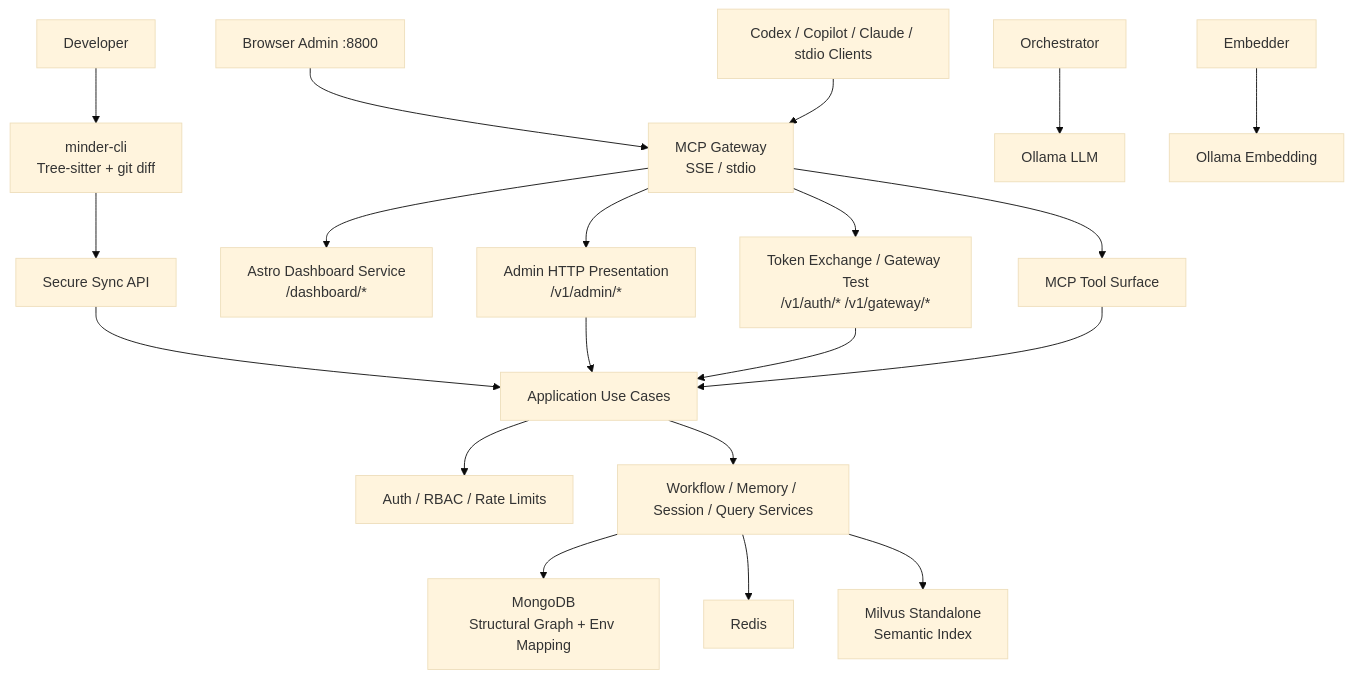
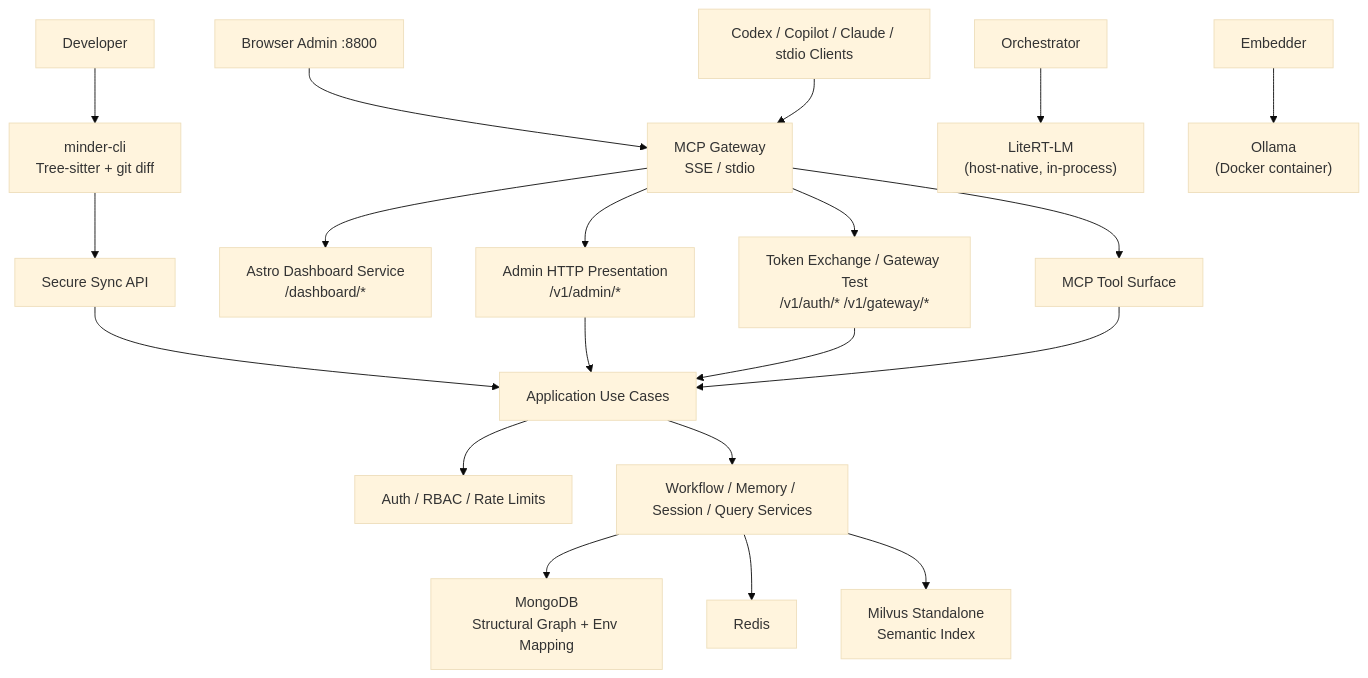
Before and after one commit to hiimtrung/minder: the first of 9 diagrams in docs/system-design.md, drawn with Mermaid (base theme). The commit also changed other lines of this file and 26 other files, not shown here.

Commit message:
feat: integrate LiteRT-LM for LLM inference and update container infrastructure with managed Ollama services

````diff
--- a/docs/system-design.md
+++ b/docs/system-design.md
@@ -31,26 +32,26 @@
 ```mermaid
 flowchart TB
   Dev["Developer"] --> CLI["minder-cli<br/>Tree-sitter + git diff"]
   CLI --> Sync["Secure Sync API"]
 
   Browser["Browser Admin :8800"] --> Gateway["Gateway Proxy"]
   MCP["Codex / Copilot / Claude / stdio Clients"] --> Gateway["MCP Gateway<br/>SSE / stdio"]
 
   Gateway --> Dashboard["Astro Dashboard Service<br/>/dashboard/*"]
   Gateway --> AdminHTTP["Admin HTTP Presentation<br/>/v1/admin/*"]
   Gateway --> TokenHTTP["Token Exchange / Gateway Test<br/>/v1/auth/* /v1/gateway/*"]
   Gateway --> ToolSurface["MCP Tool Surface"]
   Sync --> UseCases["Application Use Cases"]
   AdminHTTP --> UseCases
   TokenHTTP --> UseCases
   ToolSurface --> UseCases
 
   UseCases --> Auth["Auth / RBAC / Rate Limits"]
   UseCases --> Workflow["Workflow / Memory / Session / Query Services"]
 
   Workflow --> Mongo["MongoDB\nStructural Graph + Env Mapping"]
   Workflow --> Redis["Redis"]
   Workflow --> Milvus["Milvus Standalone\nSemantic Index"]
-  Orchestrator --> LLM["Ollama LLM"]
-  Embedder --> OllamaE["Ollama Embedding"]
+  Orchestrator --> LiteRT["LiteRT-LM\n(host-native, in-process)"]
+  Embedder --> OllamaDocker["Ollama\n(Docker container)"]
 ```
````
